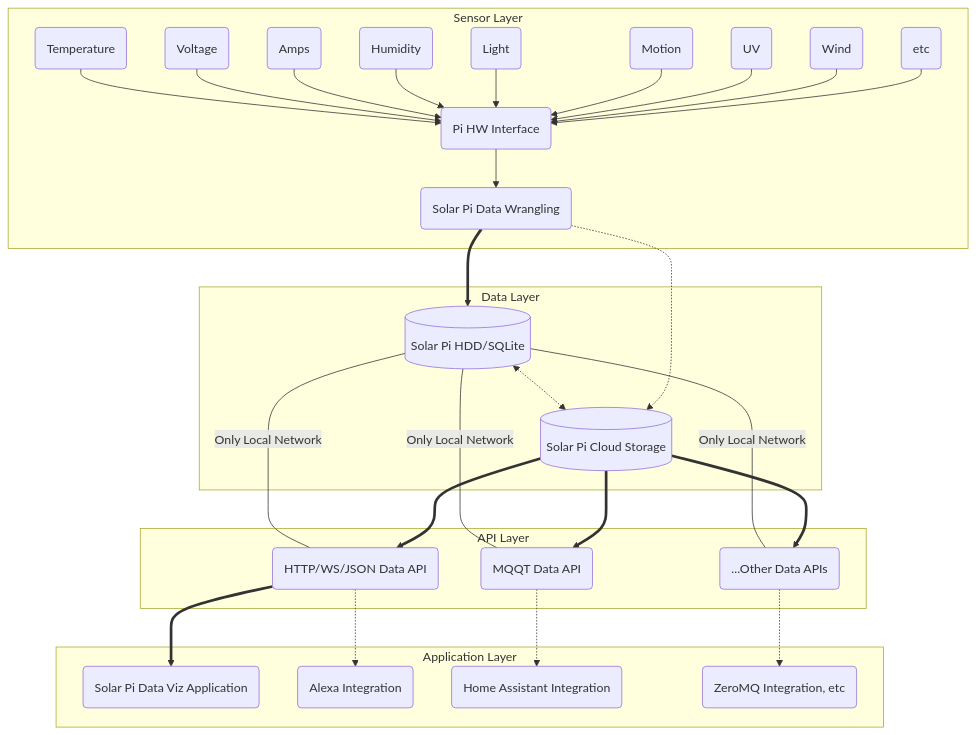
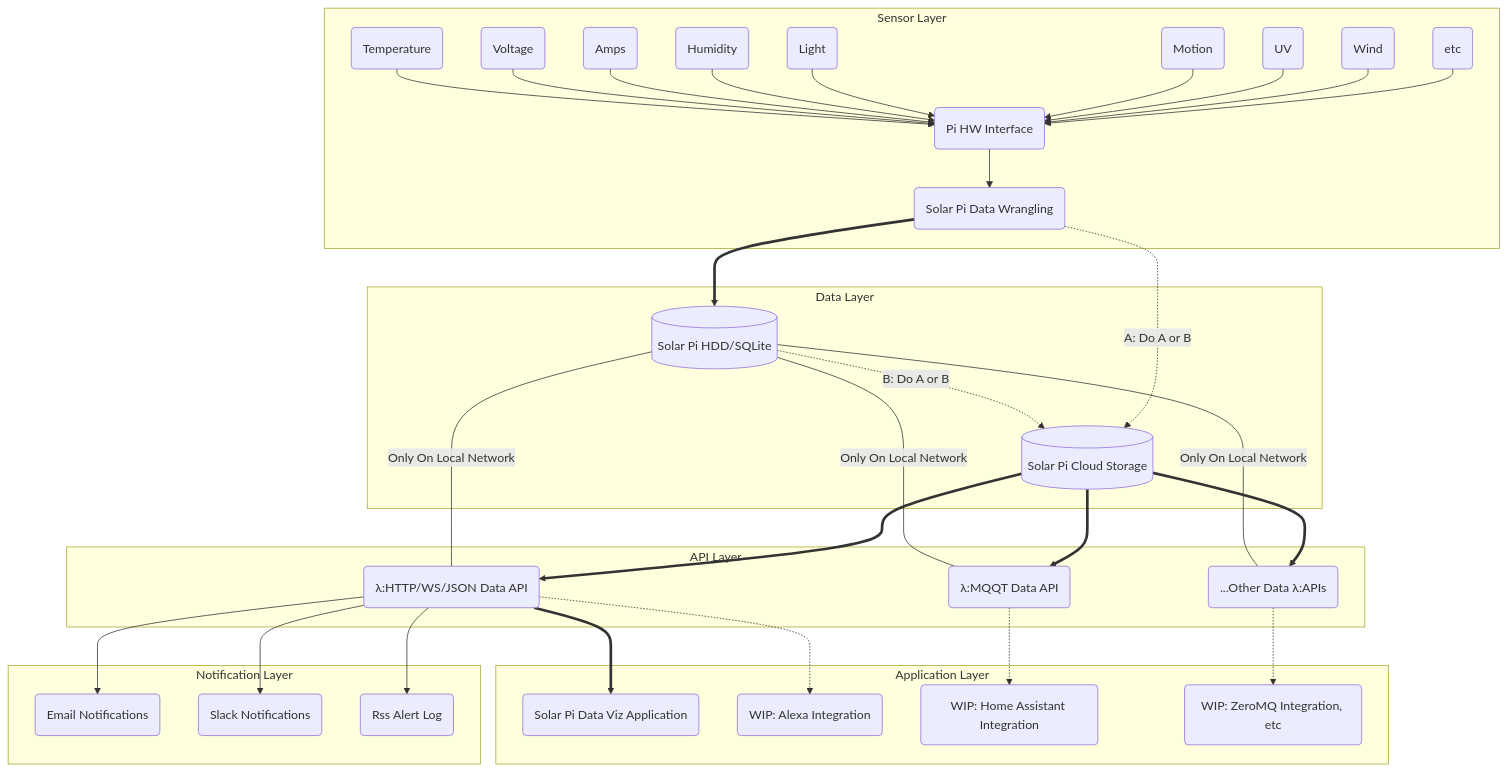
Before and after one commit to ericdmoore/solar-pi: the second of 2 diagrams in README.md, drawn with Mermaid.

Commit message:
added notificationsp

````diff
--- a/README.md
+++ b/README.md
@@ -122,37 +122,43 @@
 ```mermaid
   graph TD;
       subgraph sensors [Sensor Layer]
         Sensor1(Temperature)-->HWIntf
         Sensor2(Voltage)-->HWIntf
         Sensor3(Amps)-->HWIntf
         Sensor4(Humidity)-->HWIntf
         Sensor5(Light)-->HWIntf
         Sensor6(Motion)-->HWIntf
         Sensor7(UV)-->HWIntf
         Sensor8(Wind)-->HWIntf
-        Sensor9(etc)-->HWIntf  
+        Sensor9(etc)-->HWIntf 
         HWIntf(Pi HW Interface)-->solDataWrangle(Solar Pi Data Wrangling)
       end
 
       subgraph data [Data Layer]
         solDataWrangle==>solLocalStorage[(Solar Pi HDD/SQLite)]
-        solLocalStorage<-.->solCloudStorage
-        solDataWrangle-.->solCloudStorage[(Solar Pi Cloud Storage)]
+        solLocalStorage-. B: Do A or B -.->solCloudStorage
+        solDataWrangle-. A: Do A or B -.->solCloudStorage[(Solar Pi Cloud Storage)]
       end
 
       subgraph api [API Layer]
-        solLocalStorage-- Only Local Network ---ApiIntf1(HTTP/WS/JSON Data API)
+        solLocalStorage-- Only On Local Network   ---ApiIntf1(λ:HTTP/WS/JSON Data API)
         solCloudStorage==>ApiIntf1
-        solLocalStorage-- Only Local Network ---ApiIntf2(MQQT Data API)
+        solLocalStorage-- Only On Local Network ---ApiIntf2(λ:MQQT Data API)
         solCloudStorage==>ApiIntf2
-        solLocalStorage-- Only Local Network ---ApiIntfN(...Other Data APIs)
+        solLocalStorage-- Only On Local Network ---ApiIntfN(...Other Data λ:APIs)
         solCloudStorage==>ApiIntfN
       end
 
       subgraph apps [Application Layer]
         ApiIntf1==>solVizApp(Solar Pi Data Viz Application)
-        ApiIntf1-.->alexaApp(Alexa Integration)
-        ApiIntf2-.->homeAssistant(Home Assistant Integration)
-        ApiIntfN-.->zmq(ZeroMQ Integration, etc)
+        ApiIntf1-.->alexaApp(WIP: Alexa Integration)
+        ApiIntf2-.->homeAssistant(WIP: Home Assistant Integration)
+        ApiIntfN-.->zmq(WIP: ZeroMQ Integration, etc)
+      end
+
+      subgraph notifications [Notification Layer]
+        ApiIntf1-->email(Email Notifications)
+        ApiIntf1-->slack(Slack Notifications)
+        ApiIntf1-->rss(Rss Alert Log)
       end  
 ```
````
